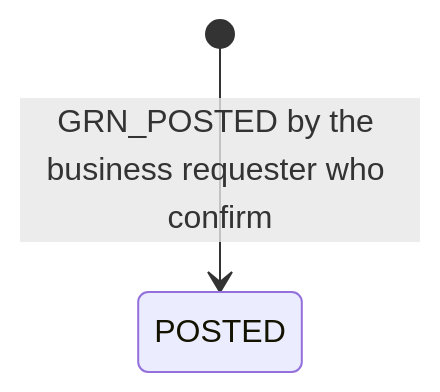
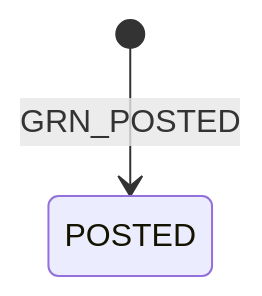
The fifth of 9 diagrams in docs/schema.md (Anurag308d/invoice-ap-automation), drawn with Mermaid before and after one commit. The commit also changed other lines of this file and 27 other files, not shown here.

````diff
--- a/docs/schema.md
+++ b/docs/schema.md
@@ -283,4 +290,4 @@
 ```mermaid
 stateDiagram-v2
-  [*] --> POSTED: GRN_POSTED by the business requester who confirm
+  [*] --> POSTED: GRN_POSTED
 ```
````
